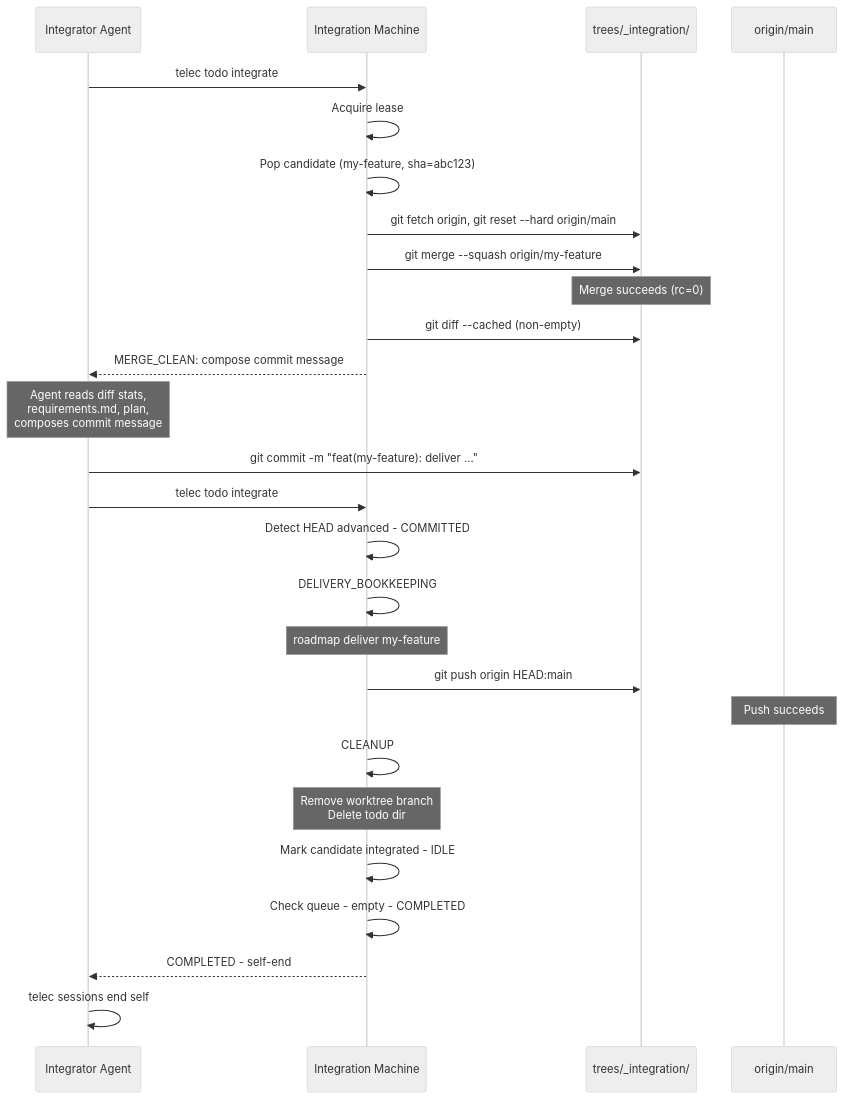
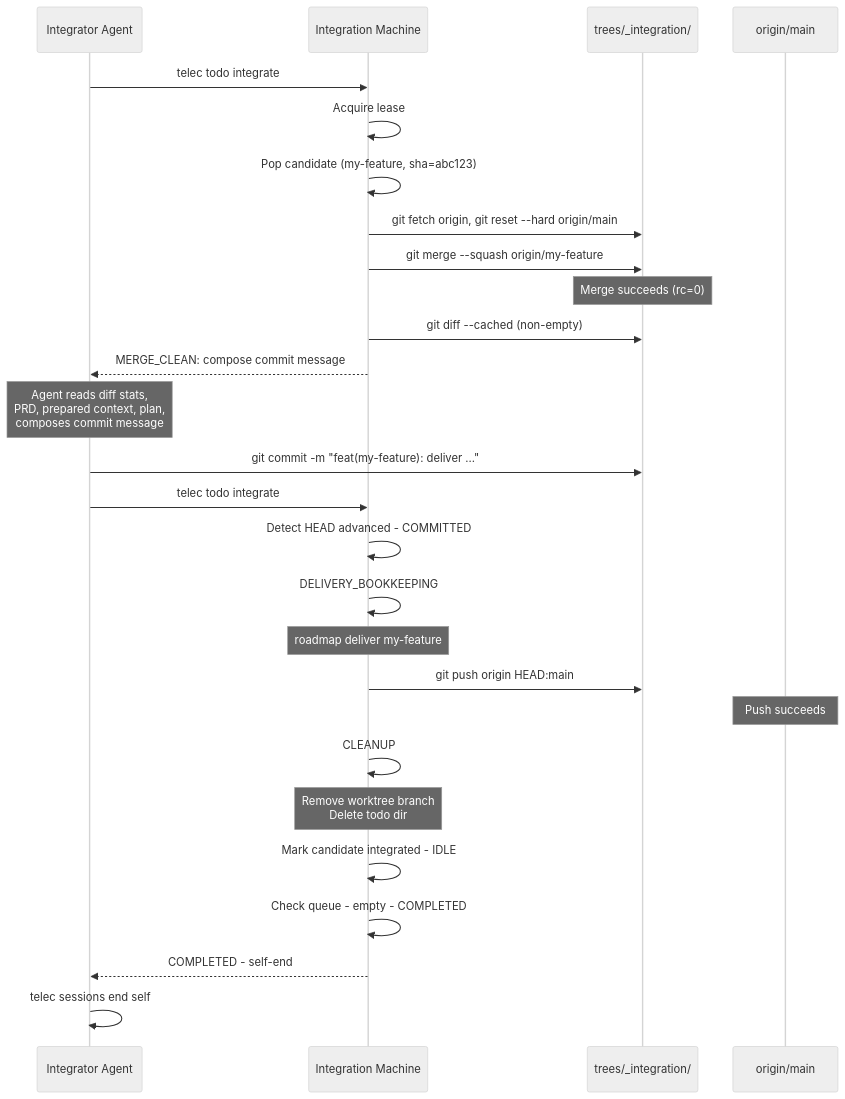
Before and after one commit to InstruktAI/TeleClaude: the fourth of 12 diagrams in docs/project/design/architecture/integration-state-machine.md, drawn with Mermaid (neutral theme). The commit also changed 19 other files, not shown here.

Commit message:
docs(work): align work artifacts with PRD prepare flow

````diff
--- a/docs/project/design/architecture/integration-state-machine.md
+++ b/docs/project/design/architecture/integration-state-machine.md
@@ -259,33 +259,33 @@
 ```mermaid
 sequenceDiagram
     participant Agent as Integrator Agent
     participant SM as Integration Machine
     participant WT as trees/_integration/
     participant Origin as origin/main
 
     Agent->>SM: telec todo integrate
     SM->>SM: Acquire lease
     SM->>SM: Pop candidate (my-feature, sha=abc123)
     SM->>WT: git fetch origin, git reset --hard origin/main
     SM->>WT: git merge --squash origin/my-feature
     Note over WT: Merge succeeds (rc=0)
     SM->>WT: git diff --cached (non-empty)
     SM-->>Agent: MERGE_CLEAN: compose commit message
 
-    Note over Agent: Agent reads diff stats,<br/>requirements.md, plan,<br/>composes commit message
+    Note over Agent: Agent reads diff stats,<br/>PRD, prepared context, plan,<br/>composes commit message
     Agent->>WT: git commit -m "feat(my-feature): deliver ..."
     Agent->>SM: telec todo integrate
 
     SM->>SM: Detect HEAD advanced - COMMITTED
     SM->>SM: DELIVERY_BOOKKEEPING
     Note over SM: roadmap deliver my-feature
     SM->>WT: git push origin HEAD:main
     Note over Origin: Push succeeds
 
     SM->>SM: CLEANUP
     Note over SM: Remove worktree branch<br/>Delete todo dir
     SM->>SM: Mark candidate integrated - IDLE
     SM->>SM: Check queue - empty - COMPLETED
     SM-->>Agent: COMPLETED - self-end
     Agent->>Agent: telec sessions end self
 ```
````
